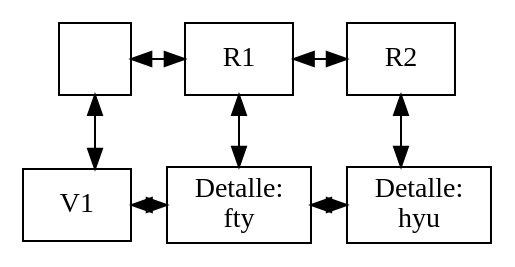
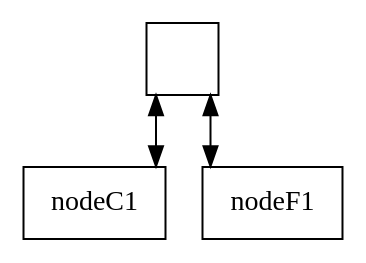
The diagram in Fase#1/Graficas/MatrizDispersa.dot (Farot30/-EDD-1S2025_202307820), drawn with Graphviz before and after one commit. The commit also changed 36 other files, not shown here.

```diff
--- a/Fase#1/Graficas/MatrizDispersa.dot
+++ b/Fase#1/Graficas/MatrizDispersa.dot
@@ -1,20 +1,9 @@
 digraph G {
 node [shape=box];
 rankdir=TB;
 splines=ortho;
 node0 [label="", width=0.5, height=0.5, shape=box];
-{ rank=same; node0; nodeC1; nodeC2; }
-nodeC1 [label="R1"];
-nodeC2 [label="R2"];
+{ rank=same; node0; }
 node0 -> nodeC1 [dir=both];
-nodeC1 -> nodeC2 [dir=both];
-nodeF1 [label="V1"];
-{ rank=same; nodeF1; nodeF1_C1; nodeF1_C2; }
-nodeF1_C1 [label="Detalle:\nfty"];
-nodeF1_C2 [label="Detalle:\nhyu"];
 node0 -> nodeF1 [dir=both];
-nodeF1 -> nodeF1_C1 [dir=both];
-nodeF1_C1 -> nodeF1_C2 [dir=both];
-nodeC1 -> nodeF1_C1 [dir=both];
-nodeC2 -> nodeF1_C2 [dir=both];
 }
```
